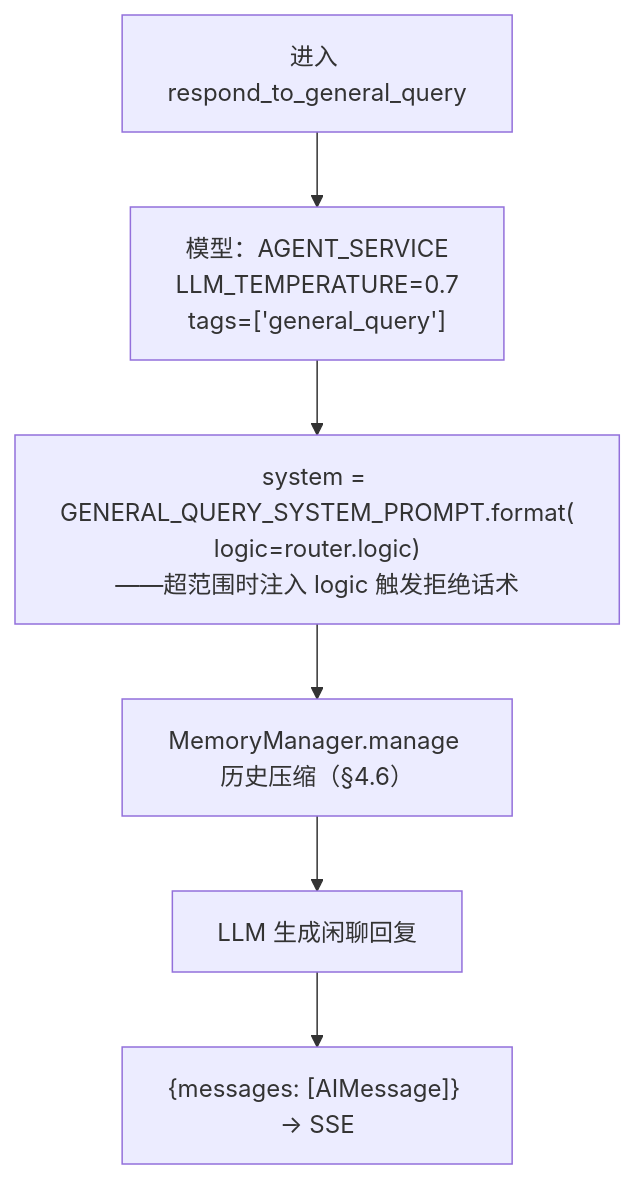
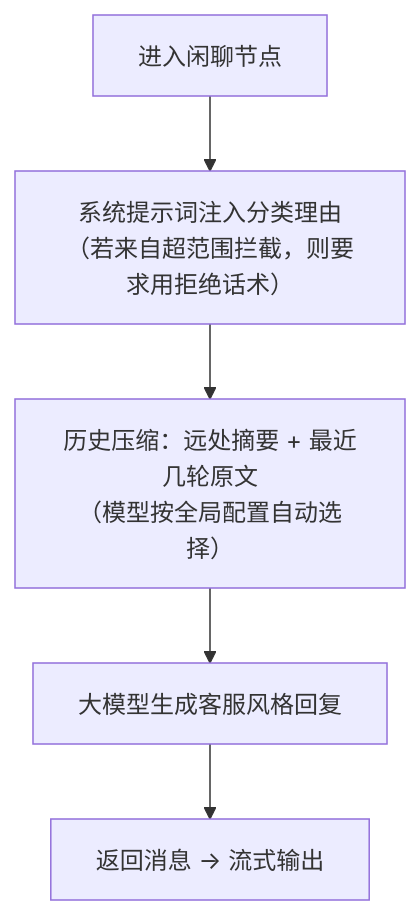
Before and after one commit to blowt16/SmartCS-Agent: diagram 15 of 35 in docs/PROJECT_ANALYSIS.md, drawn with Mermaid. The commit also changed other lines of this file, not shown here.

Commit message:
[docs] PROJECT_ANALYSIS §4 流程图优化：全图节点加中文注释、主干化精简流程（22 张图重排 + 补 TimeoutGuard 运行图），保留关键代码实体括注，提升可读性

````diff
--- a/docs/PROJECT_ANALYSIS.md
+++ b/docs/PROJECT_ANALYSIS.md
@@ -612,8 +559,7 @@
 ```mermaid
 flowchart TD
-    A["进入 respond_to_general_query"] --> B["模型：AGENT_SERVICE<br/>LLM_TEMPERATURE=0.7<br/>tags=['general_query']"]
-    B --> C["system = GENERAL_QUERY_SYSTEM_PROMPT.format(<br/>logic=router.logic)<br/>——超范围时注入 logic 触发拒绝话术"]
-    C --> D["MemoryManager.manage 历史压缩（§4.6）"]
-    D --> E["LLM 生成闲聊回复"]
-    E --> F["{messages: [AIMessage]} → SSE"]
+    A["进入闲聊节点"] --> B["系统提示词注入分类理由<br/>（若来自超范围拦截，则要求用拒绝话术）"]
+    B --> C["历史压缩：远处摘要 + 最近几轮原文<br/>（模型按全局配置自动选择）"]
+    C --> D["大模型生成客服风格回复"]
+    D --> E["返回消息 → 流式输出"]
 ```
````
